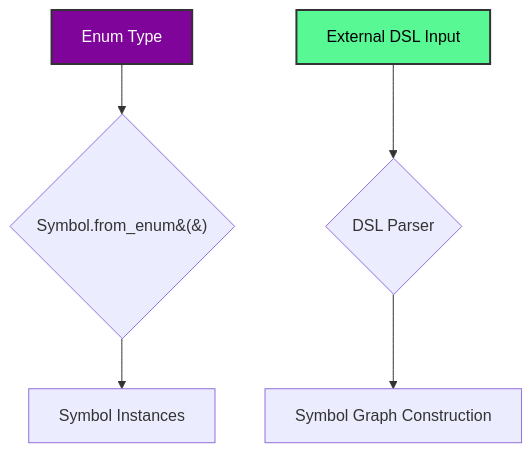
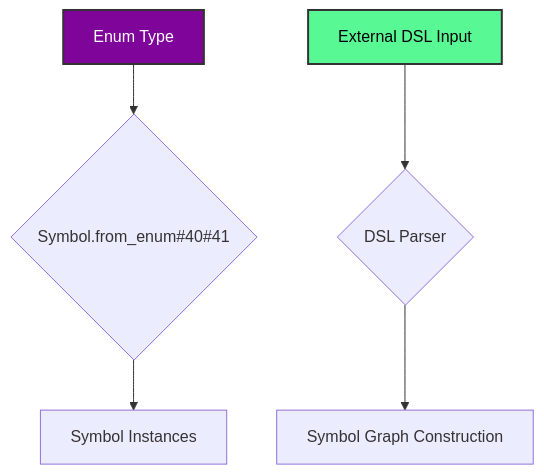
The fourth of 4 diagrams in docs/readme_details/11_extensibility/index.md (ikko/sym), drawn with Mermaid before and after one commit. The commit also changed other lines of this file and 38 other files, not shown here.

Commit message:
mermaids maybe fixed

````diff
--- a/docs/readme_details/11_extensibility/index.md
+++ b/docs/readme_details/11_extensibility/index.md
@@ -207,12 +207,12 @@
 ```mermaid
 graph TD
-    A[Enum Type] --> B{Symbol.from_enum&#40;&#41;};
+    A[Enum Type] --> B{Symbol.from_enum#40#41};
     B --> C[Symbol Instances];
 
     X[External DSL Input] --> Y{DSL Parser};
     Y --> Z[Symbol Graph Construction];
     style X fill:#58f895,stroke:#333,stroke-width:2px,color:#000000;
 
     style A fill:#7f059a,stroke:#333,stroke-width:2px,color:#FFFFFF;
     style X fill:#58f895,stroke:#333,stroke-width:2px,color:#000000;
 ```
````
